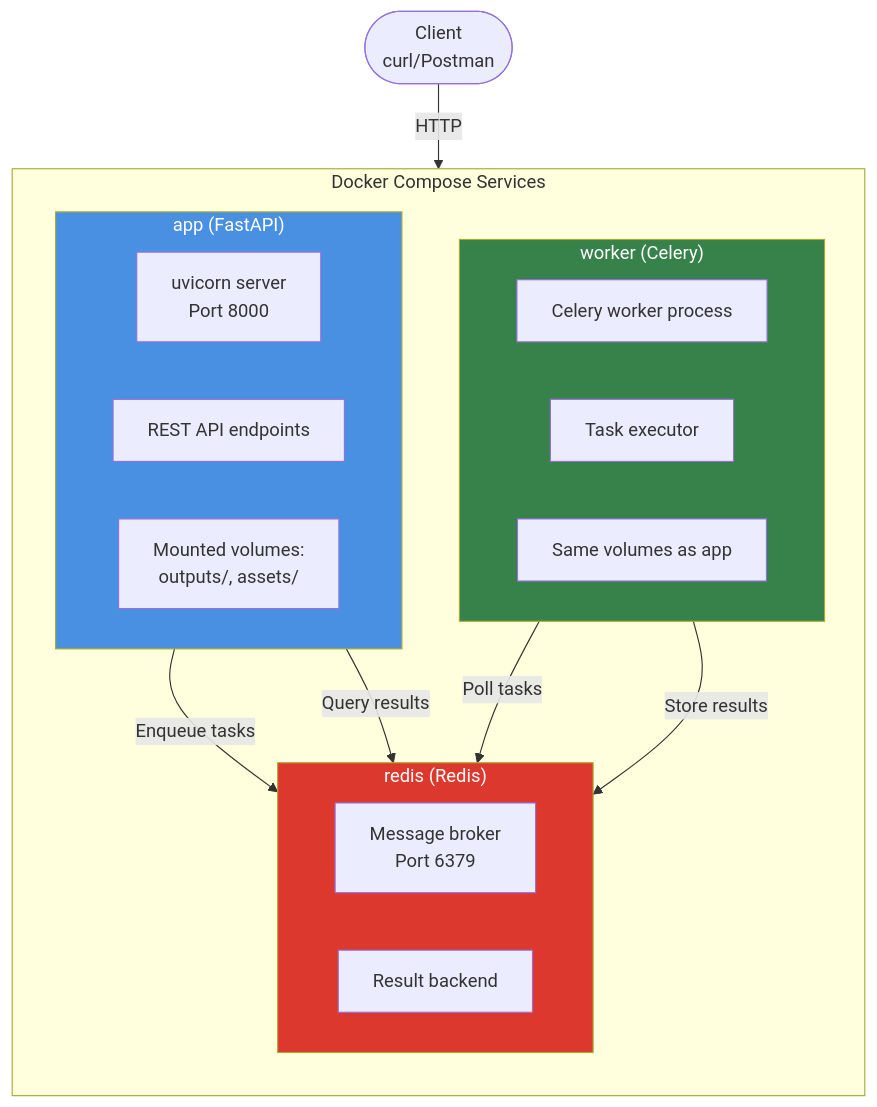
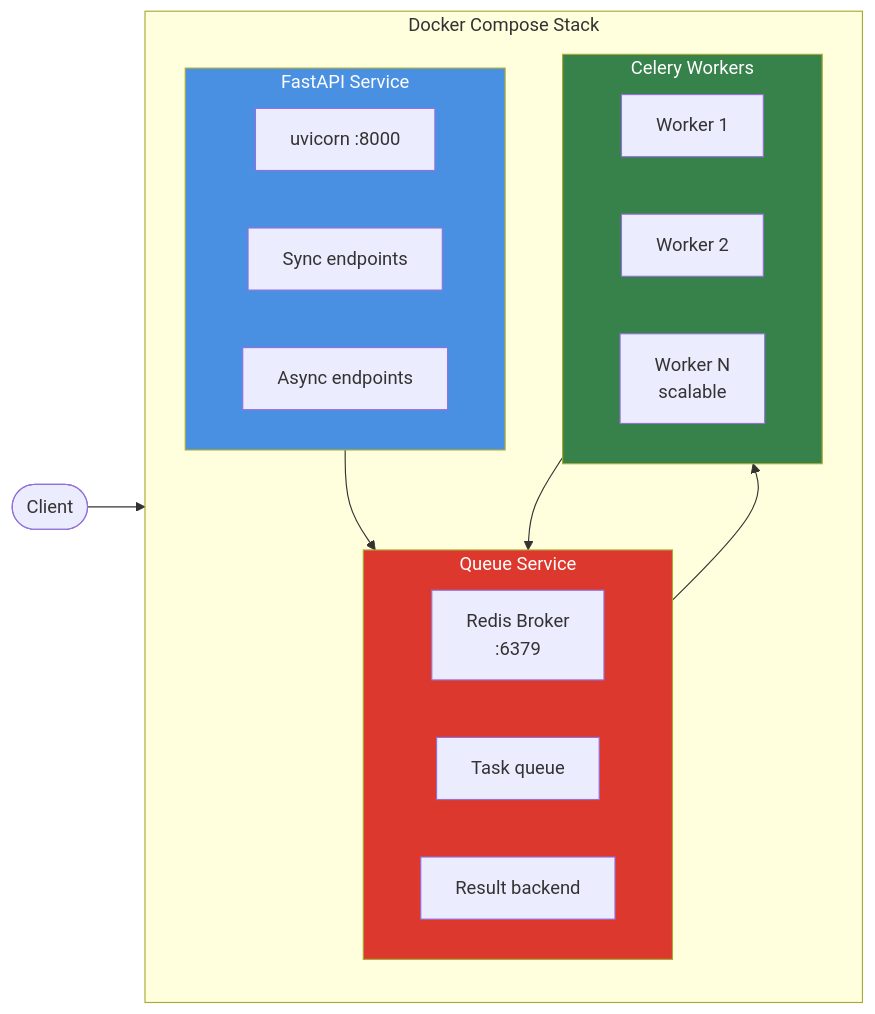
The fifth of 5 diagrams in README.md (sharan1303/creative-ai), drawn with Mermaid before and after one commit. The commit also changed other lines of this file and 7 other files, not shown here.

First line of the commit message:
chore(docs): Update README and add new documentation files for API reference and architecture

````diff
--- a/README.md
+++ b/README.md
@@ -376,34 +583,34 @@
 ```mermaid
-flowchart TB
-    subgraph Docker["Docker Compose Services"]
+flowchart LR
+    subgraph Docker["Docker Compose Stack"]
         direction TB
         
-        subgraph App["app (FastAPI)"]
-            A1[uvicorn server<br/>Port 8000]
-            A2[REST API endpoints]
-            A3[Mounted volumes:<br/>outputs/, assets/]
+        subgraph API["FastAPI Service"]
+            A1[uvicorn :8000]
+            A2[Sync endpoints]
+            A3[Async endpoints]
         end
         
-        subgraph Worker["worker (Celery)"]
-            W1[Celery worker process]
-            W2[Task executor]
-            W3[Same volumes as app]
+        subgraph Queue["Queue Service"]
+            R1[Redis Broker<br/>:6379]
+            R2[Task queue]
+            R3[Result backend]
         end
         
-        subgraph Cache["redis (Redis)"]
-            R1[Message broker<br/>Port 6379]
-            R2[Result backend]
+        subgraph Workers["Celery Workers"]
+            W1[Worker 1]
+            W2[Worker 2]
+            W3[Worker N<br/>scalable]
         end
         
-        App --> |Enqueue tasks| Cache
-        Worker --> |Poll tasks| Cache
-        Worker --> |Store results| Cache
-        App --> |Query results| Cache
+        API --> Queue
+        Queue --> Workers
+        Workers --> Queue
     end
     
-    Client([Client<br/>curl/Postman]) --> |HTTP| App
+    Client([Client]) --> API
     
-    style App fill:#4A90E2,color:#fff
-    style Worker fill:#37814A,color:#fff
-    style Cache fill:#DC382D,color:#fff
+    style API fill:#4A90E2,color:#fff
+    style Queue fill:#DC382D,color:#fff
+    style Workers fill:#37814A,color:#fff
 ```
````
